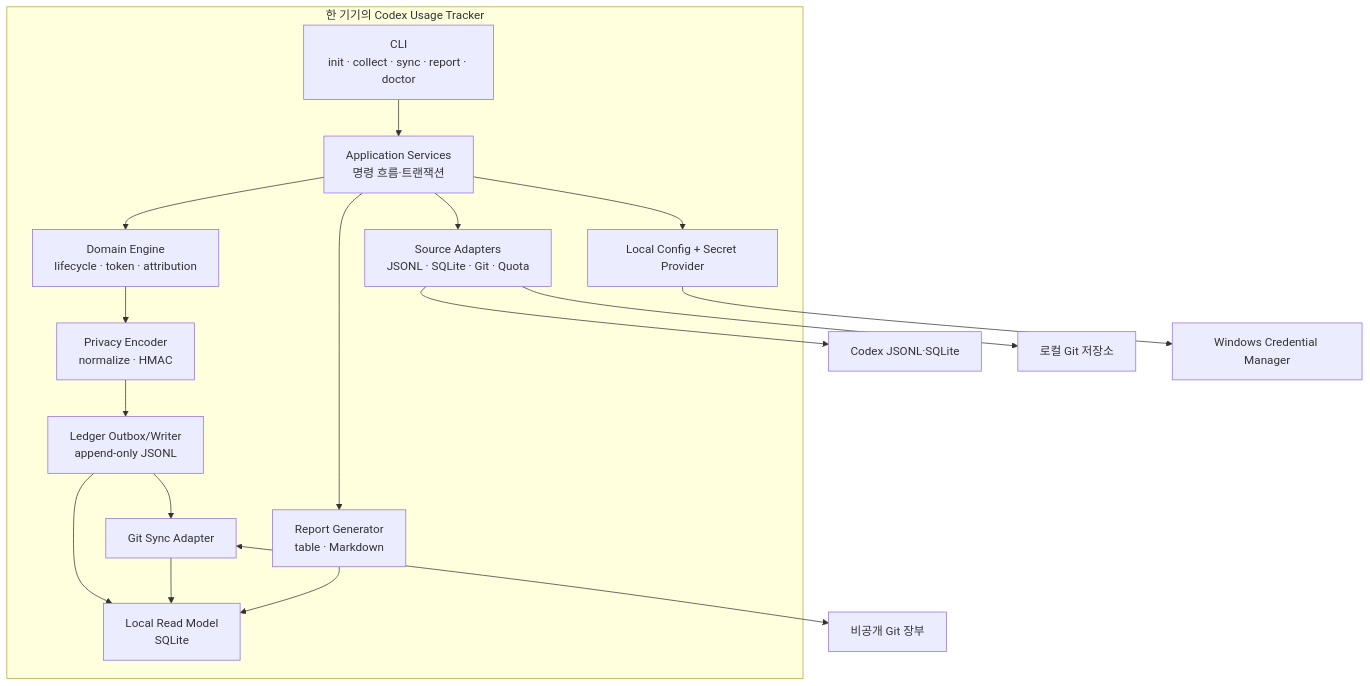
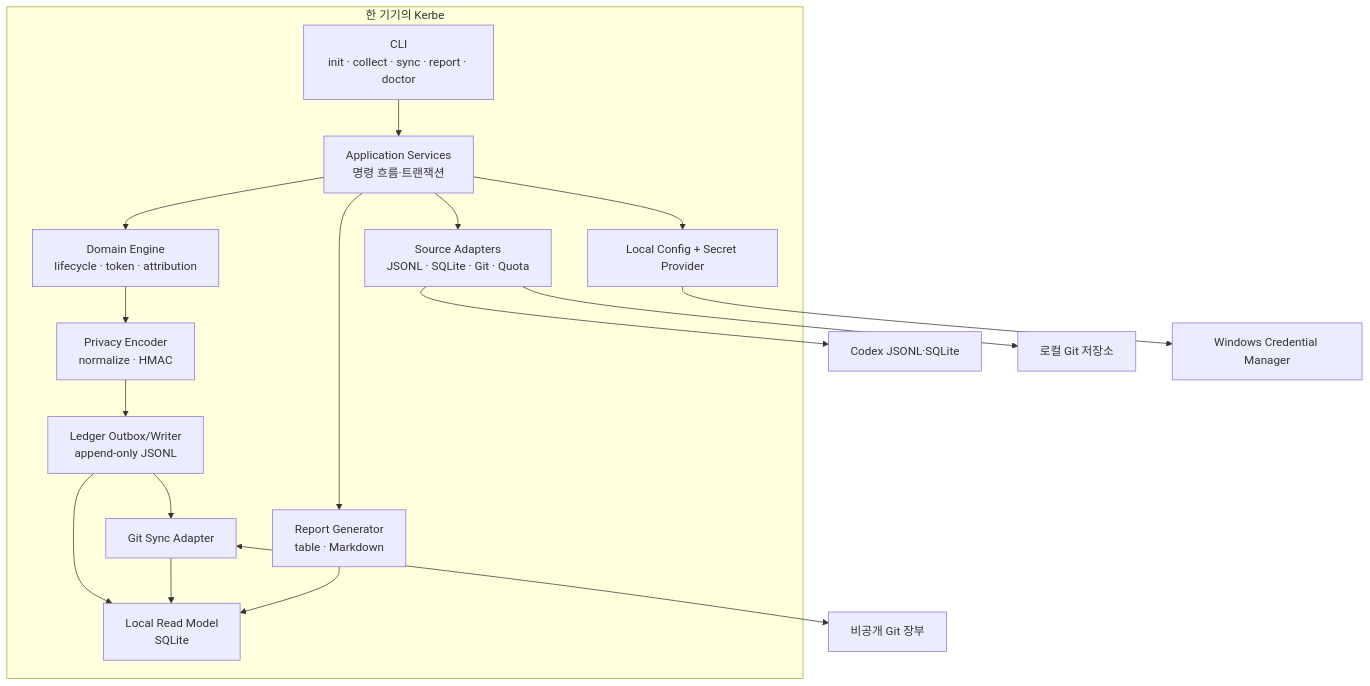
One commit to shotgun1107/kerbe changed the second of 6 diagrams in ARCHITECTURE.md. Above: the diagram before and after it, drawn with Mermaid. The commit also changed other lines of this file and 16 other files, not shown here.

````diff
--- a/ARCHITECTURE.md
+++ b/ARCHITECTURE.md
@@ -49,33 +49,33 @@
 ```mermaid
 flowchart TB
-    subgraph Device["한 기기의 Codex Usage Tracker"]
+    subgraph Device["한 기기의 Kerbe"]
         CLI["CLI<br/>init · collect · sync · report · doctor"]
         APP["Application Services<br/>명령 흐름·트랜잭션"]
         SRC["Source Adapters<br/>JSONL · SQLite · Git · Quota"]
         DOM["Domain Engine<br/>lifecycle · token · attribution"]
         PRIV["Privacy Encoder<br/>normalize · HMAC"]
         OUT["Ledger Outbox/Writer<br/>append-only JSONL"]
         IDX["Local Read Model<br/>SQLite"]
         GIT["Git Sync Adapter"]
         CFG["Local Config + Secret Provider"]
         REP["Report Generator<br/>table · Markdown"]
     end
 
     CODEX["Codex JSONL·SQLite"]
     REPOS["로컬 Git 저장소"]
     LEDGER["비공개 Git 장부"]
     OSKEY["Windows Credential Manager"]
 
     CLI --> APP
     APP --> SRC
     SRC --> CODEX
     SRC --> REPOS
     APP --> DOM --> PRIV --> OUT
     OUT --> IDX
     OUT --> GIT
     GIT <--> LEDGER
     GIT --> IDX
     APP --> REP
     REP --> IDX
     APP --> CFG --> OSKEY
 ```
````
